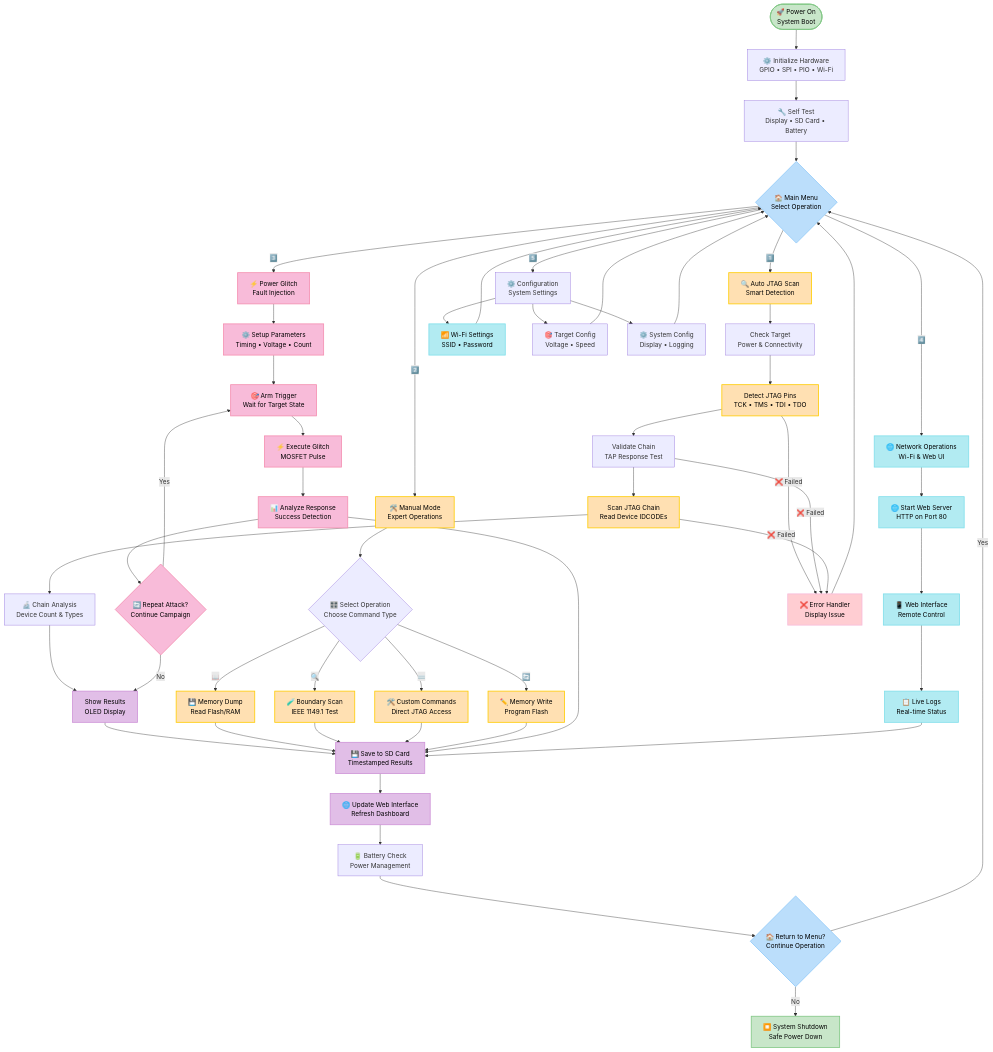
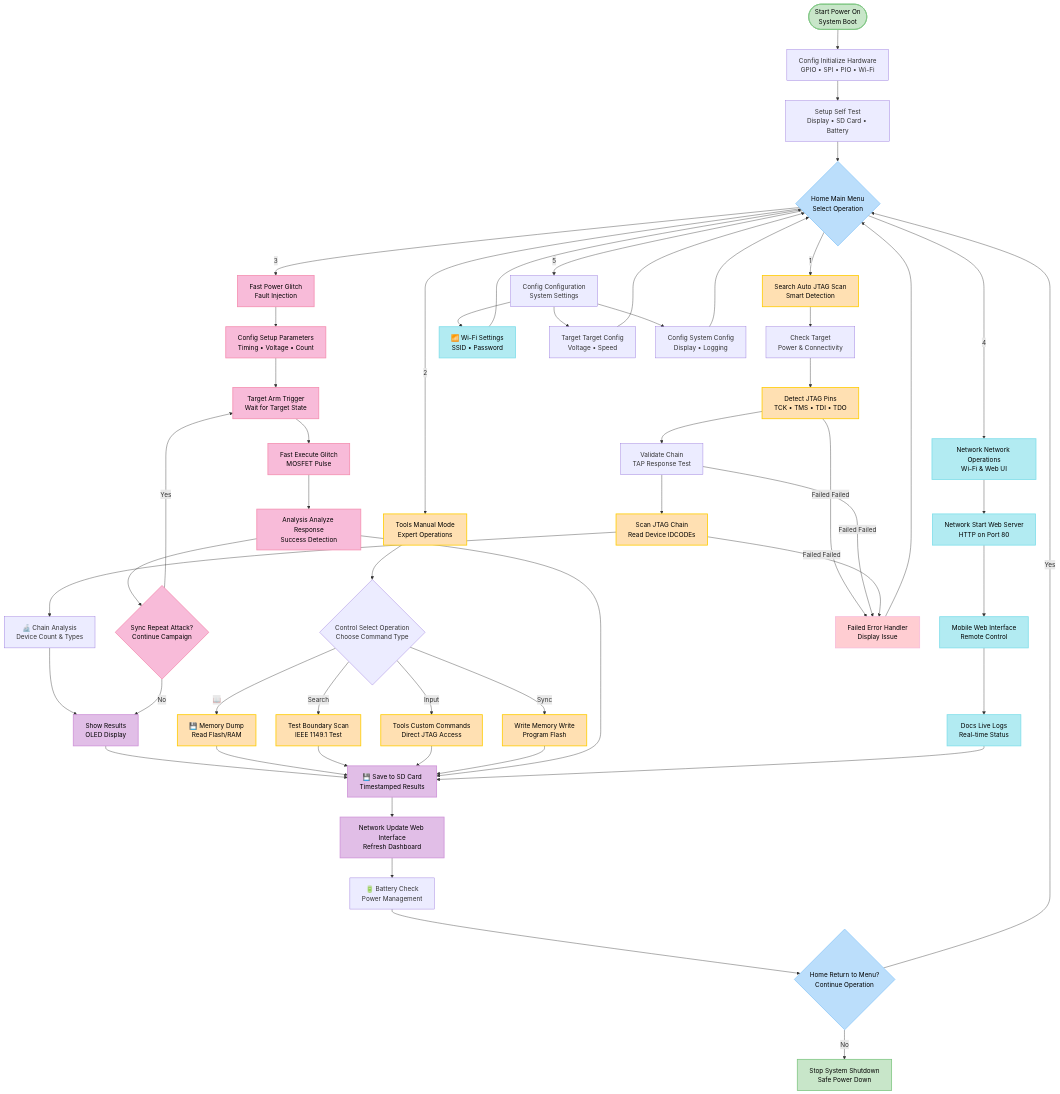
Before and after one commit to seedon198/KISS: the fourth of 10 diagrams in README.md, drawn with Mermaid. The commit also changed other lines of this file, not shown here.

First line of the commit message:
Remove non-essential emojis from main README for professional appearance

````diff
--- a/README.md
+++ b/README.md
@@ -327,14 +327,14 @@
 ```mermaid
 flowchart TD
-    Start([🚀 Power On<br/>System Boot]) --> Init[⚙️ Initialize Hardware<br/>GPIO • SPI • PIO • Wi-Fi]
-    Init --> SelfTest[🔧 Self Test<br/>Display • SD Card • Battery]
-    SelfTest --> Menu{🏠 Main Menu<br/>Select Operation}
+    Start([Start Power On<br/>System Boot]) --> Init[Config Initialize Hardware<br/>GPIO • SPI • PIO • Wi-Fi]
+    Init --> SelfTest[Setup Self Test<br/>Display • SD Card • Battery]
+    SelfTest --> Menu{Home Main Menu<br/>Select Operation}
     
-    Menu -->|1️⃣| AutoScan[🔍 Auto JTAG Scan<br/>Smart Detection]
-    Menu -->|2️⃣| Manual[🛠️ Manual Mode<br/>Expert Operations]
-    Menu -->|3️⃣| Glitch[⚡ Power Glitch<br/>Fault Injection]
-    Menu -->|4️⃣| Network[🌐 Network Operations<br/>Wi-Fi & Web UI]
-    Menu -->|5️⃣| Settings[⚙️ Configuration<br/>System Settings]
+    Menu -->|1| AutoScan[Search Auto JTAG Scan<br/>Smart Detection]
+    Menu -->|2| Manual[Tools Manual Mode<br/>Expert Operations]
+    Menu -->|3| Glitch[Fast Power Glitch<br/>Fault Injection]
+    Menu -->|4| Network[Network Network Operations<br/>Wi-Fi & Web UI]
+    Menu -->|5| Settings[Config Configuration<br/>System Settings]
     
     %% Auto Scan Flow
     AutoScan --> CheckTarget[Check Target<br/>Power & Connectivity]
@@ -345,25 +345,25 @@
     ChainAnalysis --> DisplayResults[Show Results<br/>OLED Display]
     
     %% Manual Mode Flow
-    Manual --> SelectOp{🎛️ Select Operation<br/>Choose Command Type}
+    Manual --> SelectOp{Control Select Operation<br/>Choose Command Type}
     SelectOp -->|📖| MemDump[💾 Memory Dump<br/>Read Flash/RAM]
-    SelectOp -->|🔍| BoundaryScan[🧪 Boundary Scan<br/>IEEE 1149.1 Test]
-    SelectOp -->|⌨️| CustomCmd[🛠️ Custom Commands<br/>Direct JTAG Access]
-    SelectOp -->|🔄| MemWrite[✏️ Memory Write<br/>Program Flash]
+    SelectOp -->|Search| BoundaryScan[Test Boundary Scan<br/>IEEE 1149.1 Test]
+    SelectOp -->|Input| CustomCmd[Tools Custom Commands<br/>Direct JTAG Access]
+    SelectOp -->|Sync| MemWrite[Write Memory Write<br/>Program Flash]
     
     %% Glitch Attack Flow
-    Glitch --> GlitchSetup[⚙️ Setup Parameters<br/>Timing • Voltage • Count]
-    GlitchSetup --> GlitchArm[🎯 Arm Trigger<br/>Wait for Target State]
-    GlitchArm --> GlitchFire[⚡ Execute Glitch<br/>MOSFET Pulse]
-    GlitchFire --> GlitchAnalyze[📊 Analyze Response<br/>Success Detection]
-    GlitchAnalyze --> GlitchRepeat{🔄 Repeat Attack?<br/>Continue Campaign}
+    Glitch --> GlitchSetup[Config Setup Parameters<br/>Timing • Voltage • Count]
+    GlitchSetup --> GlitchArm[Target Arm Trigger<br/>Wait for Target State]
+    GlitchArm --> GlitchFire[Fast Execute Glitch<br/>MOSFET Pulse]
+    GlitchFire --> GlitchAnalyze[Analysis Analyze Response<br/>Success Detection]
+    GlitchAnalyze --> GlitchRepeat{Sync Repeat Attack?<br/>Continue Campaign}
     GlitchRepeat -->|Yes| GlitchArm
     GlitchRepeat -->|No| DisplayResults
     
     %% Network Operations
-    Network --> WebStart[🌐 Start Web Server<br/>HTTP on Port 80]
-    WebStart --> WebInterface[📱 Web Interface<br/>Remote Control]
-    WebInterface --> WebLogs[📋 Live Logs<br/>Real-time Status]
+    Network --> WebStart[Network Start Web Server<br/>HTTP on Port 80]
+    WebStart --> WebInterface[Mobile Web Interface<br/>Remote Control]
+    WebInterface --> WebLogs[Docs Live Logs<br/>Real-time Status]
     
     %% Common Flow
     DisplayResults --> LogSD[💾 Save to SD Card<br/>Timestamped Results]
@@ -374,23 +374,23 @@
     GlitchAnalyze --> LogSD
     WebLogs --> LogSD
     
-    LogSD --> WebUpdate[🌐 Update Web Interface<br/>Refresh Dashboard]
+    LogSD --> WebUpdate[Network Update Web Interface<br/>Refresh Dashboard]
     WebUpdate --> BattCheck[🔋 Battery Check<br/>Power Management]
-    BattCheck --> BackToMenu{🏠 Return to Menu?<br/>Continue Operation}
+    BattCheck --> BackToMenu{Home Return to Menu?<br/>Continue Operation}
     BackToMenu -->|Yes| Menu
-    BackToMenu -->|No| Shutdown[⏹️ System Shutdown<br/>Safe Power Down]
+    BackToMenu -->|No| Shutdown[Stop System Shutdown<br/>Safe Power Down]
     
     Settings --> ConfigNetwork[📶 Wi-Fi Settings<br/>SSID • Password]
-    Settings --> ConfigTarget[🎯 Target Config<br/>Voltage • Speed]
-    Settings --> ConfigSystem[⚙️ System Config<br/>Display • Logging]
+    Settings --> ConfigTarget[Target Target Config<br/>Voltage • Speed]
+    Settings --> ConfigSystem[Config System Config<br/>Display • Logging]
     ConfigNetwork --> Menu
     ConfigTarget --> Menu
     ConfigSystem --> Menu
     
     %% Error Handling
-    PinDetect -->|❌ Failed| ErrorHandler[❌ Error Handler<br/>Display Issue]
-    ValidateChain -->|❌ Failed| ErrorHandler
-    ScanDevices -->|❌ Failed| ErrorHandler
+    PinDetect -->|Failed Failed| ErrorHandler[Failed Error Handler<br/>Display Issue]
+    ValidateChain -->|Failed Failed| ErrorHandler
+    ScanDevices -->|Failed Failed| ErrorHandler
     ErrorHandler --> Menu
     
     %% Styling
````
